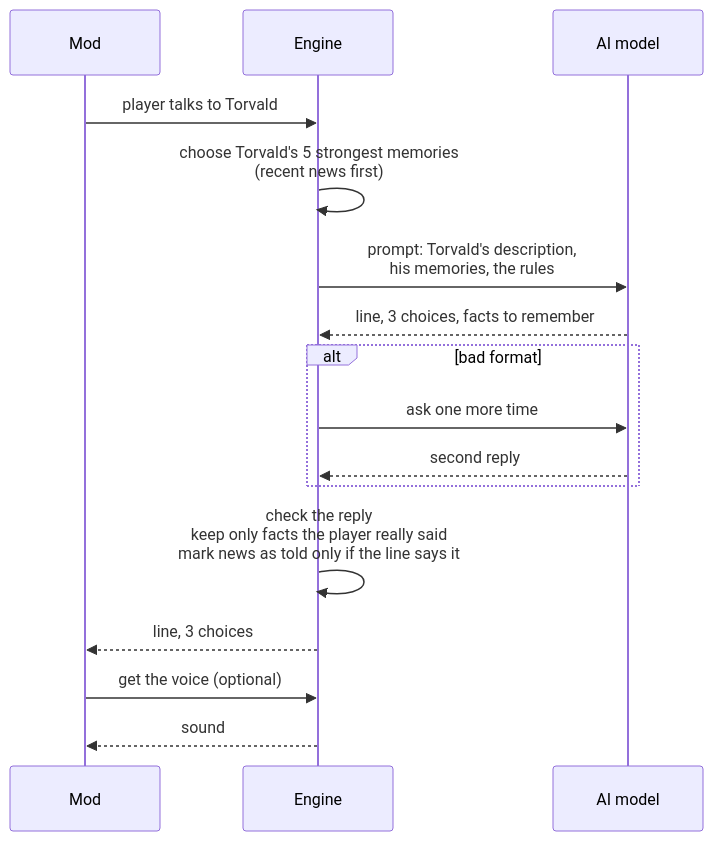
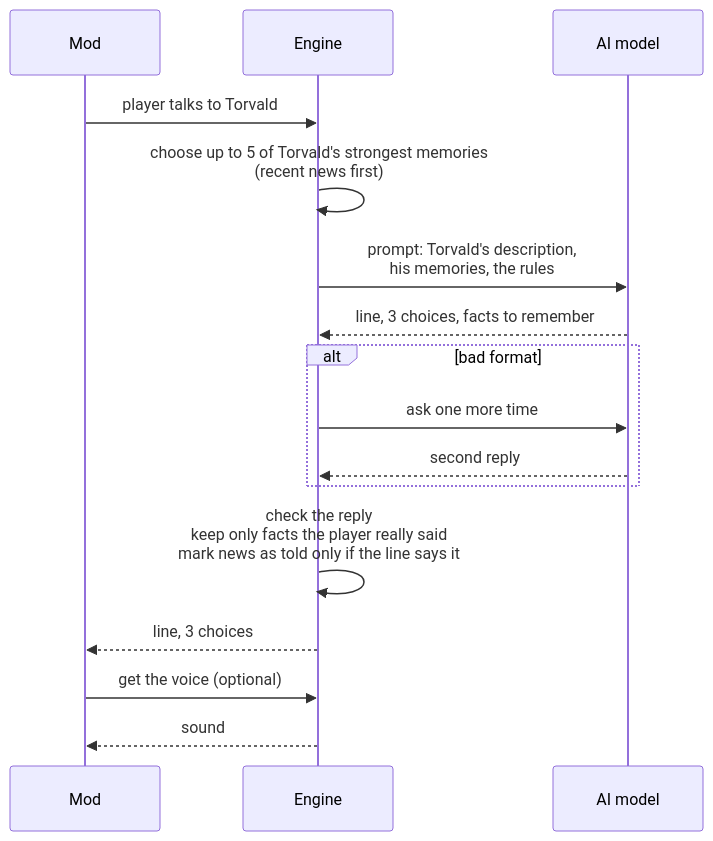
One commit to thoraxe/genpc-ai changed the third of 4 diagrams in ARCHITECTURE.md. Above: the diagram before and after it, drawn with Mermaid. The commit also changed other lines of this file and 16 other files, not shown here.

````diff
--- a/ARCHITECTURE.md
+++ b/ARCHITECTURE.md
@@ -67,18 +67,18 @@
 ```mermaid
 sequenceDiagram
     participant M as Mod
     participant E as Engine
     participant AI as AI model
     M->>E: player talks to Torvald
-    E->>E: choose Torvald's 5 strongest memories<br/>(recent news first)
+    E->>E: choose up to 5 of Torvald's strongest memories<br/>(recent news first)
     E->>AI: prompt: Torvald's description,<br/>his memories, the rules
     AI-->>E: line, 3 choices, facts to remember
     alt bad format
         E->>AI: ask one more time
         AI-->>E: second reply
     end
     E->>E: check the reply<br/>keep only facts the player really said<br/>mark news as told only if the line says it
     E-->>M: line, 3 choices
     M->>E: get the voice (optional)
     E-->>M: sound
 ```
````
